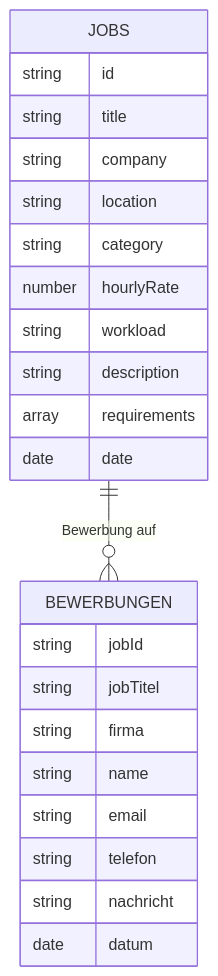
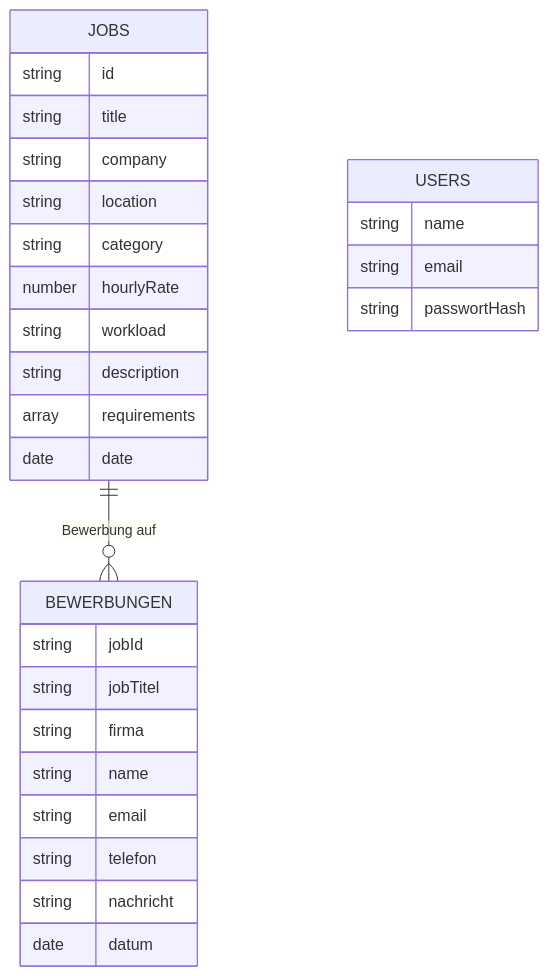
The second of 2 diagrams in README.md (ferrepa/Flexmatch), drawn with Mermaid before and after one commit. The commit also changed other lines of this file and 6 other files, not shown here.

````diff
--- a/README.md
+++ b/README.md
@@ -223,26 +229,31 @@
   ```mermaid
   erDiagram
     JOBS {
       string id
       string title
       string company
       string location
       string category
       number hourlyRate
       string workload
       string description
       array  requirements
       date   date
     }
     BEWERBUNGEN {
       string jobId
       string jobTitel
       string firma
       string name
       string email
       string telefon
       string nachricht
       date   datum
     }
+    USERS {
+      string name
+      string email
+      string passwortHash
+    }
     JOBS ||--o{ BEWERBUNGEN : "Bewerbung auf"
   ```
````
